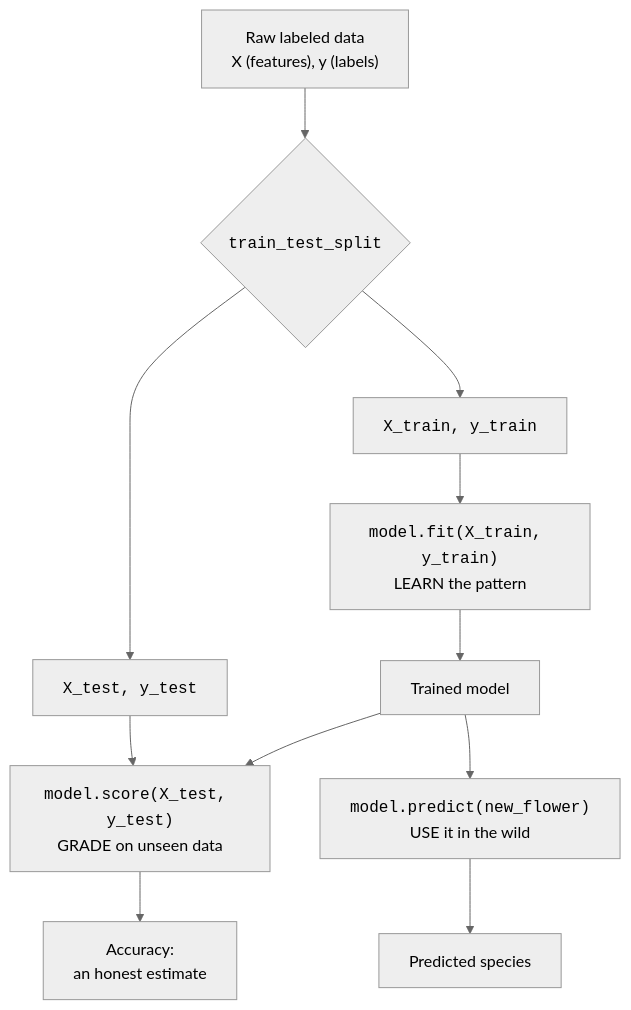
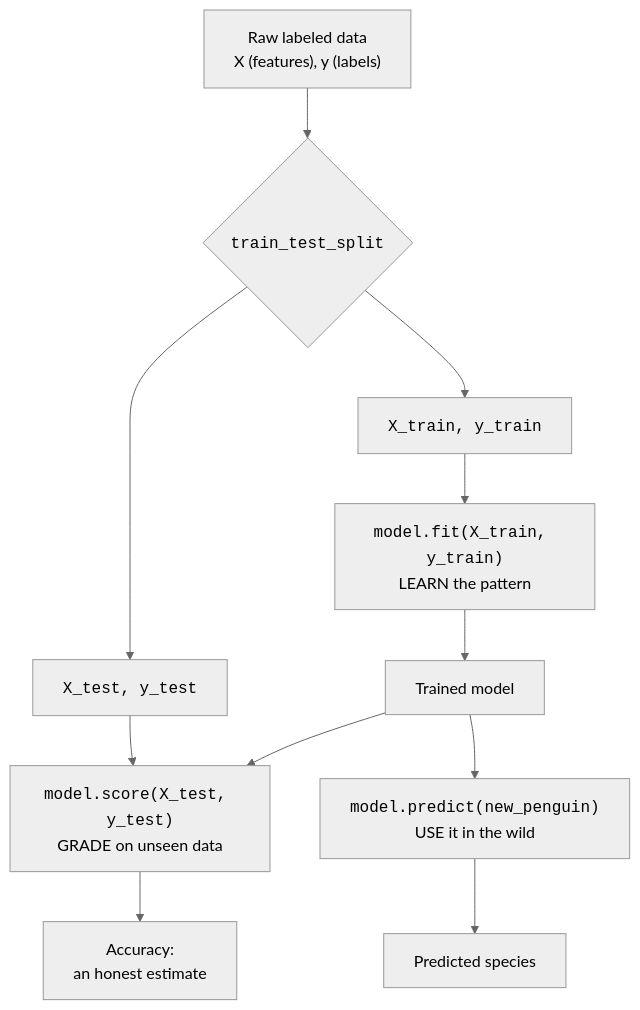
Before and after one commit to dataslope/dataslope: the diagram in content/learn/machine-learning-scikit-learn/your-first-model.mdx, drawn with Mermaid (neutral theme). The commit also changed other lines of this file and 32 other files, not shown here.

````diff
--- a/content/learn/machine-learning-scikit-learn/your-first-model.mdx
+++ b/content/learn/machine-learning-scikit-learn/your-first-model.mdx
@@ -88,13 +88,13 @@
 ```mermaid
 flowchart TD
     A["Raw labeled data<br/>X (features), y (labels)"] --> B{"<code>train_test_split</code>"}
     B --> C["<code>X_train, y_train</code>"]
     B --> D["<code>X_test, y_test</code>"]
     C --> E["<code>model.fit(X_train, y_train)</code><br/>LEARN the pattern"]
     E --> F["Trained model"]
     D --> G["<code>model.score(X_test, y_test)</code><br/>GRADE on unseen data"]
     F --> G
     G --> H["Accuracy:<br/>an honest estimate"]
-    F --> I["<code>model.predict(new_flower)</code><br/>USE it in the wild"]
+    F --> I["<code>model.predict(new_penguin)</code><br/>USE it in the wild"]
     I --> J["Predicted species"]
 ```
````
